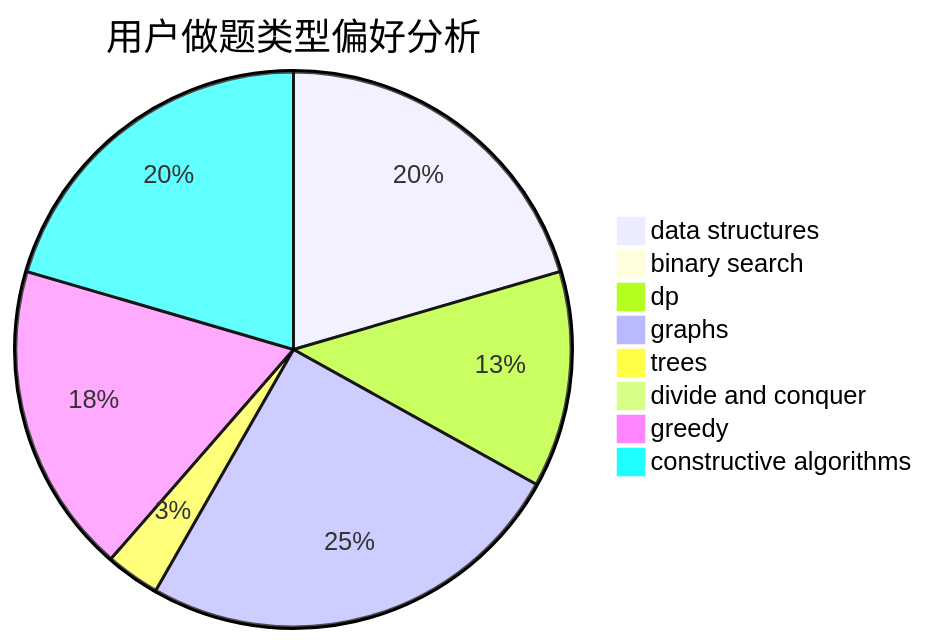
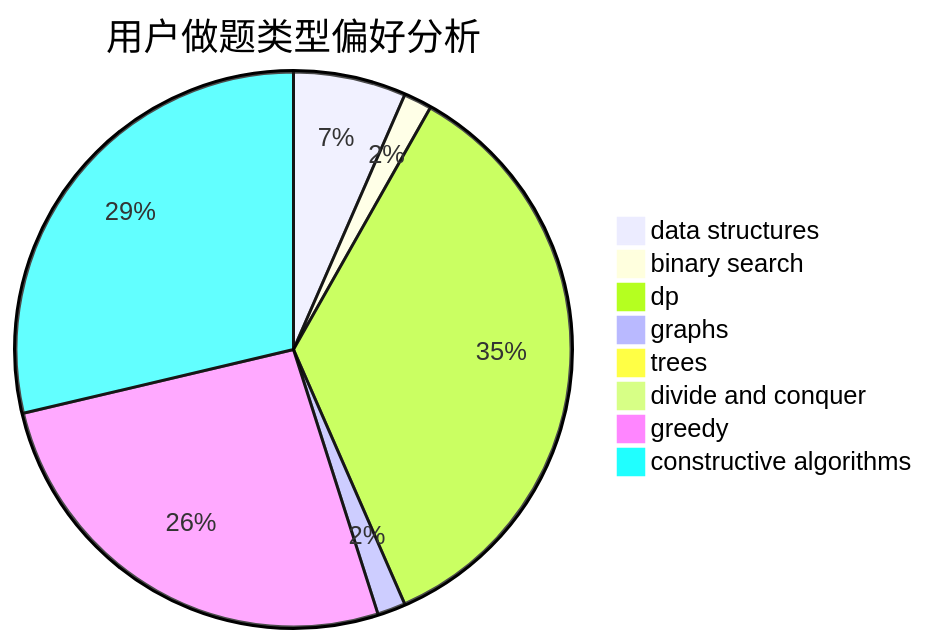
One commit to sherpahu/cfrs.github.io changed the second of 3 diagrams in docs/user/u1350.md. Above: the diagram before and after it, drawn with Mermaid. The commit also changed other lines of this file and 2770 other files, not shown here.

````diff
--- a/docs/user/u1350.md
+++ b/docs/user/u1350.md
@@ -23,11 +23,11 @@
 ```mermaid
 pie title 用户做题类型偏好分析
-    "data structures" :  26
-    "binary search" :  1
-    "dp" :  16
-    "graphs" :  32
-    "trees" :  4
+    "data structures" :  8
+    "binary search" :  2
+    "dp" :  43
+    "graphs" :  2
+    "trees" :  0
     "divide and conquer" :  0
-    "greedy" :  23
-    "constructive algorithms" :  26
+    "greedy" :  32
+    "constructive algorithms" :  35
 ```
````
